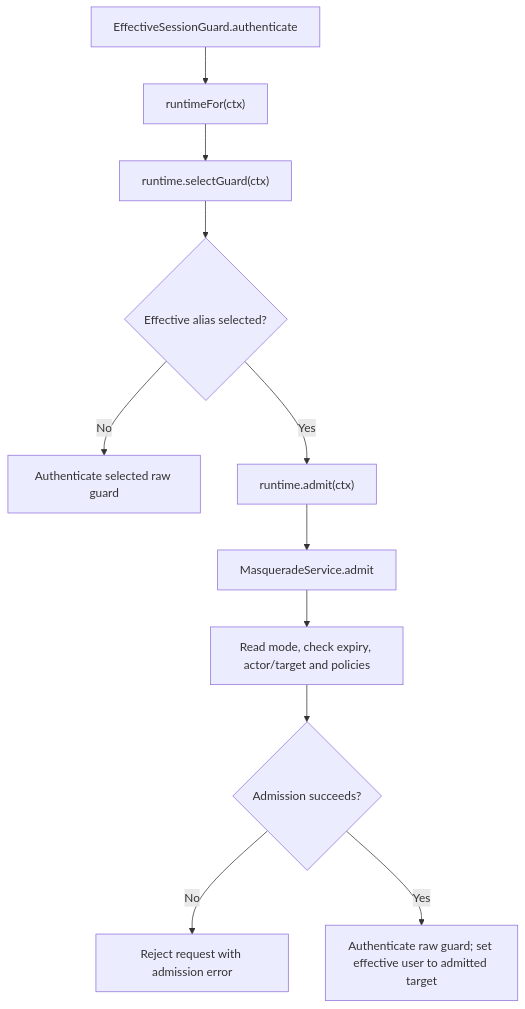
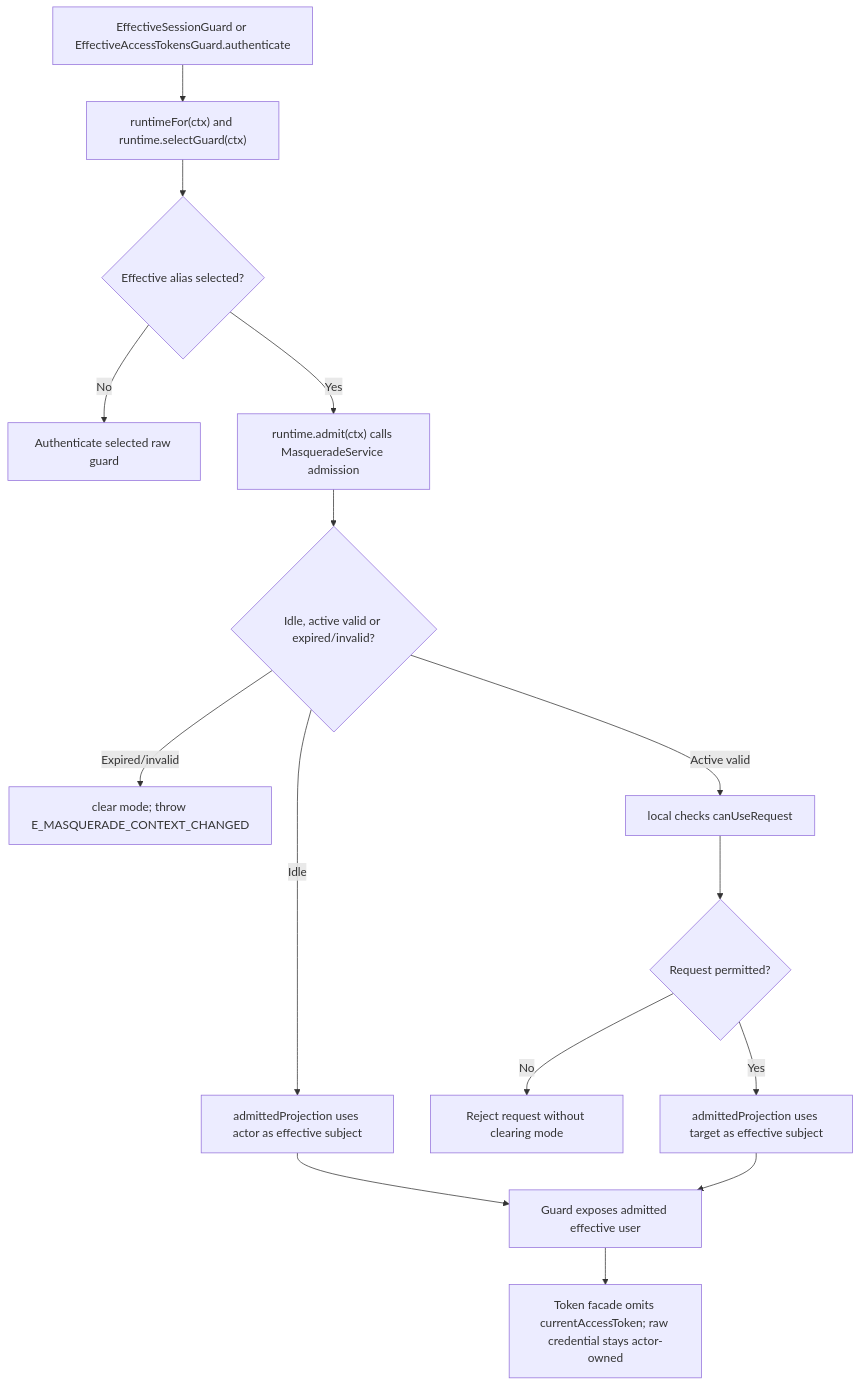
The second of 2 diagrams in user-stories/view-effective-account/us-actor-02-view-effective-account.md (Kevinjohn/oss-adonisjs-masquerade), drawn with Mermaid before and after one commit. The commit also changed other lines of this file and 5 other files, not shown here.

Commit message:
Correct request admission and operator mode flow boundaries

````diff
--- a/user-stories/view-effective-account/us-actor-02-view-effective-account.md
+++ b/user-stories/view-effective-account/us-actor-02-view-effective-account.md
@@ -34,13 +39,17 @@
 ```mermaid
 flowchart TD
-    A["EffectiveSessionGuard.authenticate"] --> B["runtimeFor(ctx)"]
-    B --> C["runtime.selectGuard(ctx)"]
-    C --> D{"Effective alias selected?"}
-    D -->|No| E["Authenticate selected raw guard"]
-    D -->|Yes| F["runtime.admit(ctx)"]
-    F --> G["MasqueradeService.admit"]
-    G --> H["Read mode, check expiry, actor/target and policies"]
-    H --> I{"Admission succeeds?"}
-    I -->|No| J["Reject request with admission error"]
-    I -->|Yes| K["Authenticate raw guard; set effective user to admitted target"]
+    A["EffectiveSessionGuard or EffectiveAccessTokensGuard.authenticate"] --> B["runtimeFor(ctx) and runtime.selectGuard(ctx)"]
+    B --> C{"Effective alias selected?"}
+    C -->|No| D["Authenticate selected raw guard"]
+    C -->|Yes| E["runtime.admit(ctx) calls MasqueradeService admission"]
+    E --> F{"Idle, active valid or expired/invalid?"}
+    F -->|Idle| G["admittedProjection uses actor as effective subject"]
+    F -->|Expired/invalid| H["clear mode; throw E_MASQUERADE_CONTEXT_CHANGED"]
+    F -->|Active valid| I["local checks canUseRequest"]
+    I --> J{"Request permitted?"}
+    J -->|No| K["Reject request without clearing mode"]
+    J -->|Yes| L["admittedProjection uses target as effective subject"]
+    G --> M["Guard exposes admitted effective user"]
+    L --> M
+    M --> N["Token facade omits currentAccessToken; raw credential stays actor-owned"]
 ```
````
